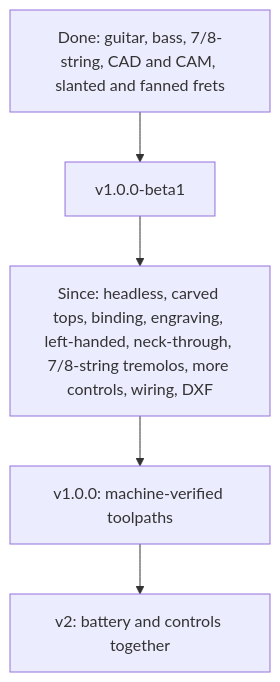
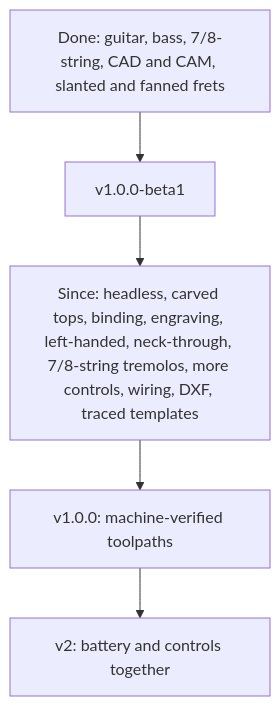
Before and after one commit to jolappi/CNCguitarwizard: the diagram in ROADMAP.md, drawn with Mermaid. The commit also changed other lines of this file and 9 other files, not shown here.

First line of the commit message:
feat: body and headstock templates traced from product photos

````diff
--- a/ROADMAP.md
+++ b/ROADMAP.md
@@ -94,7 +98,7 @@
 ```mermaid
 flowchart TD
     Done["Done: guitar, bass, 7/8-string, CAD and CAM, slanted and fanned frets"] --> Beta["v1.0.0-beta1"]
-    Beta --> More["Since: headless, carved tops, binding, engraving, left-handed, neck-through, 7/8-string tremolos, more controls, wiring, DXF"]
+    Beta --> More["Since: headless, carved tops, binding, engraving, left-handed, neck-through, 7/8-string tremolos, more controls, wiring, DXF, traced templates"]
     More --> V1["v1.0.0: machine-verified toolpaths"]
     V1 --> V2["v2: battery and controls together"]
 ```
````
